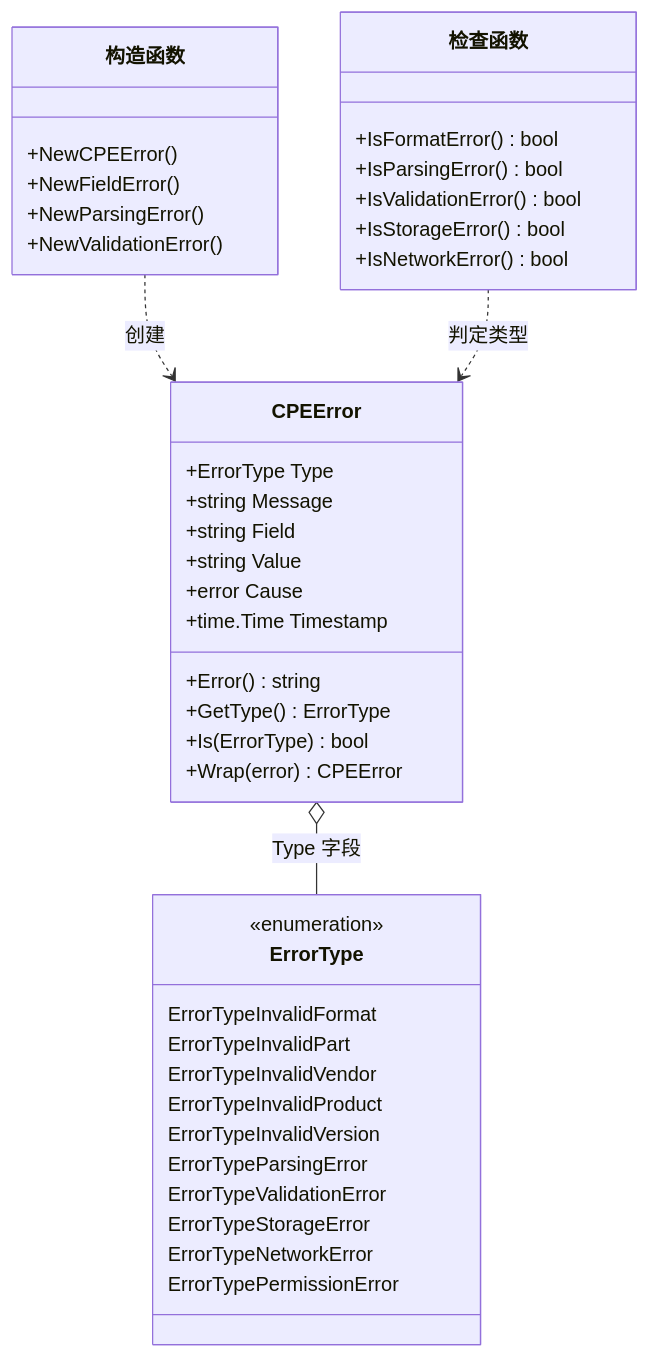
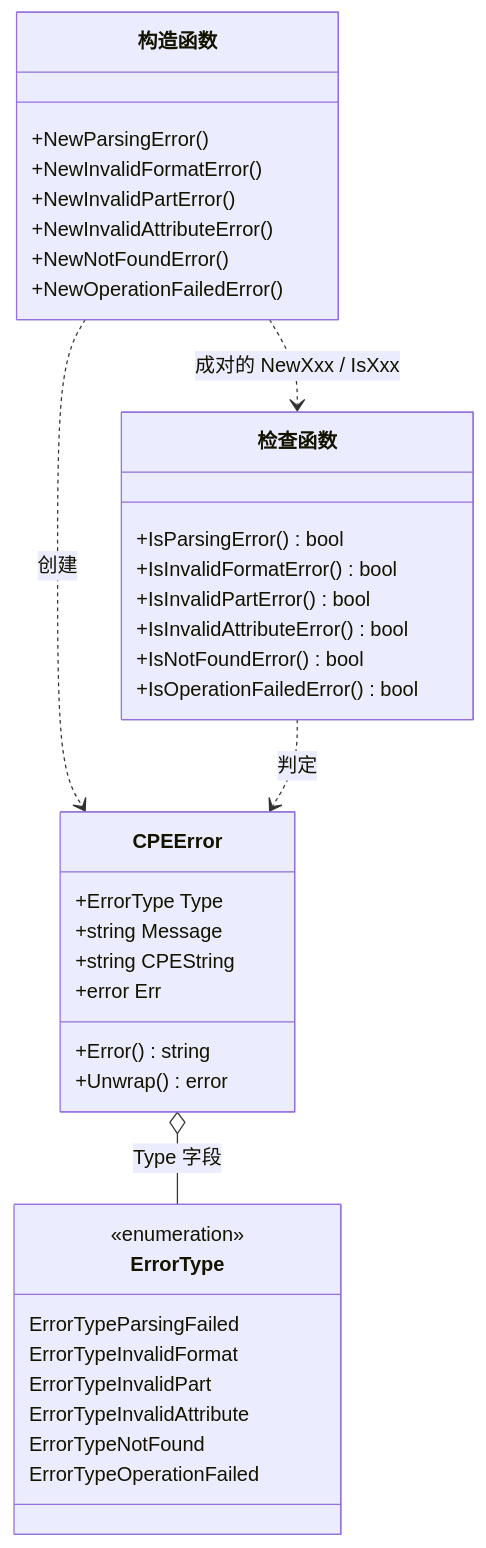
One commit to scagogogo/cpe-skills changed the diagram in website/zh/api/errors.md. Above: the diagram before and after it, drawn with Mermaid. The commit also changed other lines of this file and 18 other files, not shown here.

````diff
--- a/website/zh/api/errors.md
+++ b/website/zh/api/errors.md
@@ -7,44 +7,40 @@
 ```mermaid
 classDiagram
     class CPEError {
         +ErrorType Type
         +string Message
-        +string Field
-        +string Value
-        +error Cause
-        +time.Time Timestamp
+        +string CPEString
+        +error Err
         +Error() string
-        +GetType() ErrorType
-        +Is(ErrorType) bool
-        +Wrap(error) CPEError
+        +Unwrap() error
     }
     class ErrorType {
         <<enumeration>>
+        ErrorTypeParsingFailed
         ErrorTypeInvalidFormat
         ErrorTypeInvalidPart
-        ErrorTypeInvalidVendor
-        ErrorTypeInvalidProduct
-        ErrorTypeInvalidVersion
-        ErrorTypeParsingError
-        ErrorTypeValidationError
-        ErrorTypeStorageError
-        ErrorTypeNetworkError
-        ErrorTypePermissionError
+        ErrorTypeInvalidAttribute
+        ErrorTypeNotFound
+        ErrorTypeOperationFailed
     }
     class 构造函数 {
-        +NewCPEError()
-        +NewFieldError()
         +NewParsingError()
-        +NewValidationError()
+        +NewInvalidFormatError()
+        +NewInvalidPartError()
+        +NewInvalidAttributeError()
+        +NewNotFoundError()
+        +NewOperationFailedError()
     }
     class 检查函数 {
-        +IsFormatError() bool
         +IsParsingError() bool
-        +IsValidationError() bool
-        +IsStorageError() bool
-        +IsNetworkError() bool
+        +IsInvalidFormatError() bool
+        +IsInvalidPartError() bool
+        +IsInvalidAttributeError() bool
+        +IsNotFoundError() bool
+        +IsOperationFailedError() bool
     }
     CPEError o-- ErrorType : Type 字段
     构造函数 ..> CPEError : 创建
-    检查函数 ..> CPEError : 判定类型
+    检查函数 ..> CPEError : 判定
+    构造函数 ..> 检查函数 : 成对的 NewXxx / IsXxx
 ```
````
